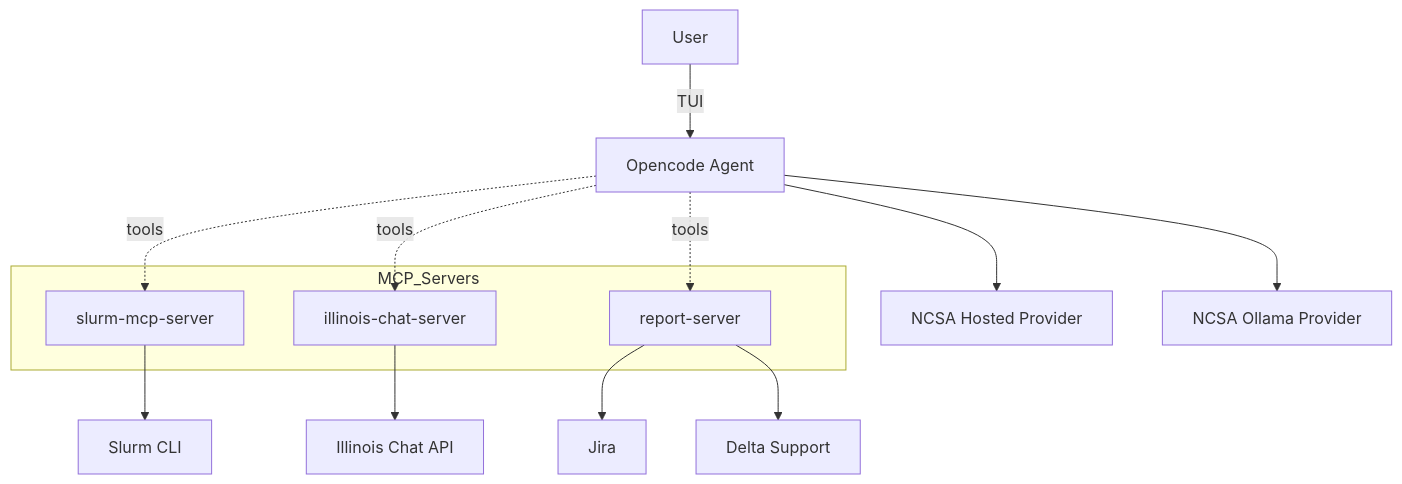
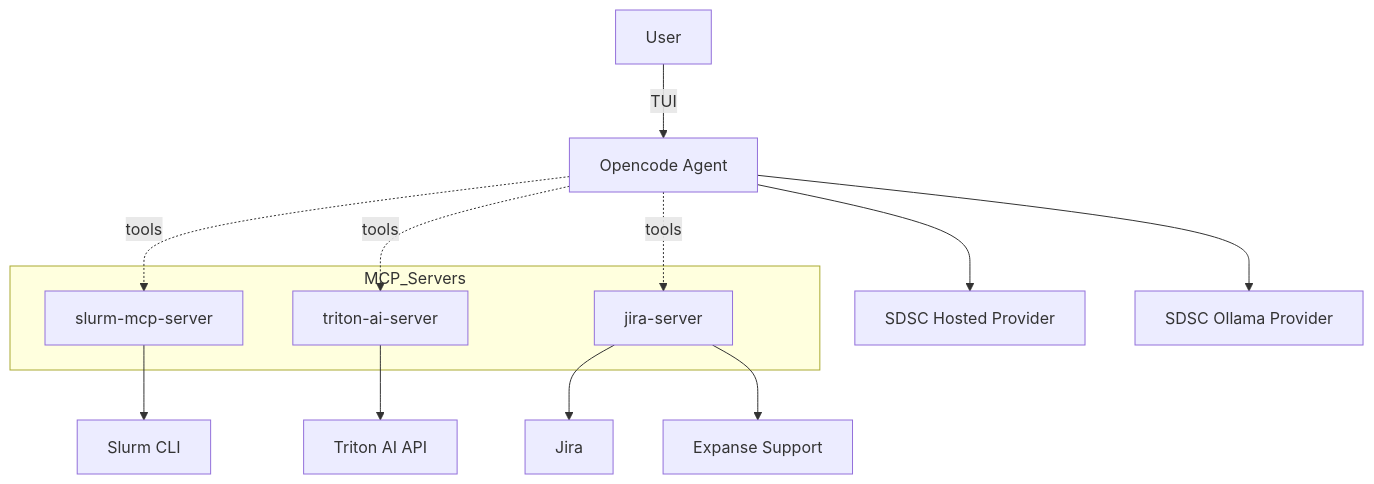
The diagram in SDSC/README.md (mkandes/hpcgpt-cli), drawn with Mermaid before and after one commit. The commit also changed other lines of this file and 4 other files, not shown here.

Commit message:
Modify README.md and rename report_server to jira_server

````diff
--- a/SDSC/README.md
+++ b/SDSC/README.md
@@ -30,22 +30,22 @@
 ```mermaid
 graph TD
   U[User] -->|TUI| OC[Opencode Agent]
 
-  OC --> P1[NCSA Hosted Provider]
-  OC --> P2[NCSA Ollama Provider]
+  OC --> P1[SDSC Hosted Provider]
+  OC --> P2[SDSC Ollama Provider]
 
   subgraph MCP_Servers
     M1[slurm-mcp-server]
-    M2[illinois-chat-server]
-    M3[report-server]
+    M2[triton-ai-server]
+    M3[jira-server]
   end
 
   OC -. tools .-> M1
   OC -. tools .-> M2
   OC -. tools .-> M3
 
   M1 --> SLURM[Slurm CLI]
-  M2 --> ICHAT[Illinois Chat API]
+  M2 --> TRITON[Triton AI API]
   M3 --> JIRA[Jira]
-  M3 --> SUPPORT[Delta Support]
+  M3 --> SUPPORT[Expanse Support]
 ```
````
